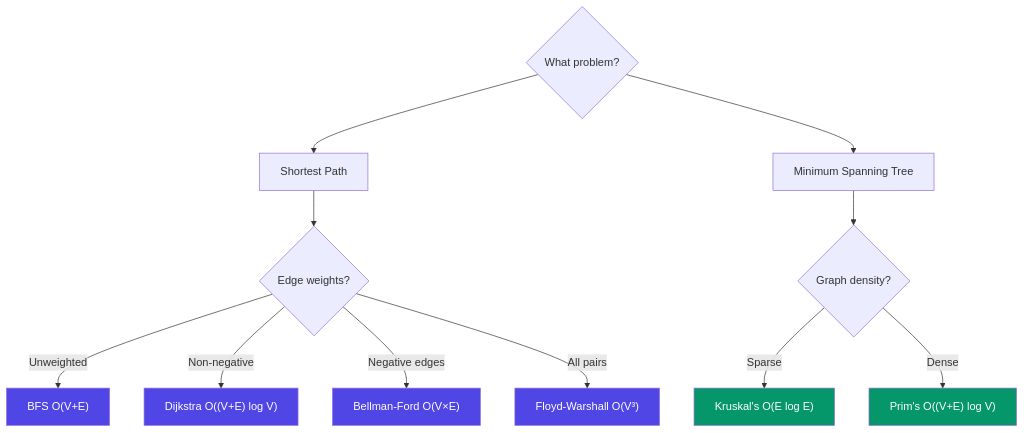
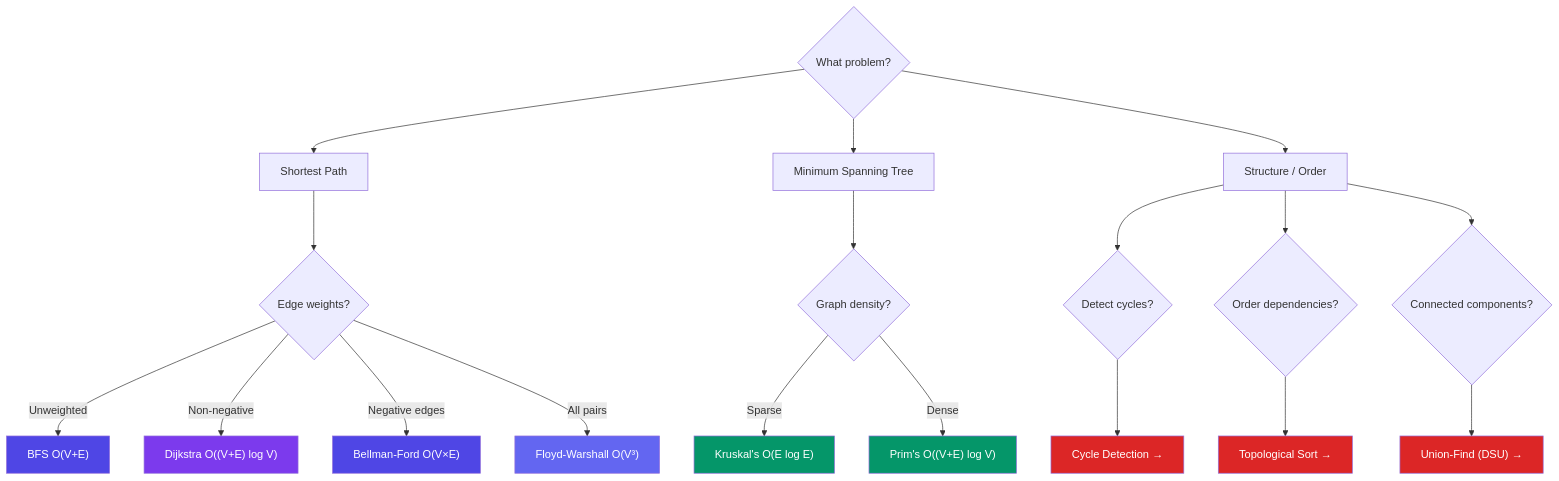
One commit to prathameshp107/Astro-Docs-Sitre changed the diagram in dsa-docs/src/content/docs/data-structures/graphs/06-algorithms.md. Above: the diagram before and after it, drawn with Mermaid. The commit also changed other lines of this file and 105 other files, not shown here.

````diff
--- a/dsa-docs/src/content/docs/data-structures/graphs/06-algorithms.md
+++ b/dsa-docs/src/content/docs/data-structures/graphs/06-algorithms.md
@@ -178,23 +32,34 @@
 ```mermaid
 flowchart TD
     Q1{What problem?}
     Q1 --> SP[Shortest Path]
     Q1 --> MST[Minimum Spanning Tree]
+    Q1 --> Other[Structure / Order]
 
     SP --> SP1{Edge weights?}
     SP1 -->|Unweighted| BFS["BFS O(V+E)"]
     SP1 -->|Non-negative| DIJK["Dijkstra O((V+E) log V)"]
     SP1 -->|Negative edges| BF["Bellman-Ford O(V×E)"]
     SP1 -->|All pairs| FW["Floyd-Warshall O(V³)"]
 
     MST --> MST1{Graph density?}
     MST1 -->|Sparse| KRUS["Kruskal's O(E log E)"]
     MST1 -->|Dense| PRIM["Prim's O((V+E) log V)"]
 
+    Other --> O1{Detect cycles?}
+    Other --> O2{Order dependencies?}
+    Other --> O3{Connected components?}
+    O1 --> CYCLE["Cycle Detection →"]
+    O2 --> TOPO["Topological Sort →"]
+    O3 --> UF["Union-Find (DSU) →"]
+
     style BFS fill:#4f46e5,color:#fff
-    style DIJK fill:#4f46e5,color:#fff
+    style DIJK fill:#7c3aed,color:#fff
     style BF fill:#4f46e5,color:#fff
-    style FW fill:#4f46e5,color:#fff
+    style FW fill:#6366f1,color:#fff
     style KRUS fill:#059669,color:#fff
     style PRIM fill:#059669,color:#fff
+    style CYCLE fill:#dc2626,color:#fff
+    style TOPO fill:#dc2626,color:#fff
+    style UF fill:#dc2626,color:#fff
 ```
````
